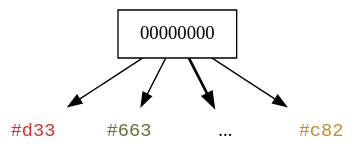
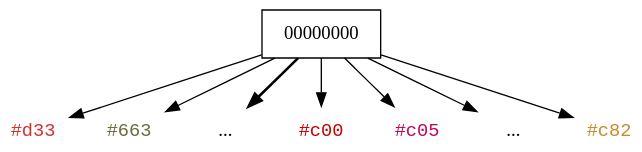
One commit to Eisenwave/voxel-compression-docs changed the diagram in src/graphviz/octree_complete_branches_optimization.dot. Above: the diagram before and after it, drawn with Graphviz. The commit also changed 9 other files, not shown here.

```diff
--- a/src/graphviz/octree_complete_branches_optimization.dot
+++ b/src/graphviz/octree_complete_branches_optimization.dot
@@ -1,16 +1,24 @@
 digraph g {
-//    splines=false
+    splines=false
     bgcolor=transparent
     node [shape = record]
     root [label="00000000"]
     
-    c0 [shape=none, label=<<font face="monospace" color="#d13232">#d33</font>>]
-    c1 [shape=none, label=<<font face="monospace" color="#6c6e3b">#663</font>>]
-    cx [shape=none, label="..."]
-    clast [shape=none, label=<<font face="monospace" color="#c98a2a">#c82</font>>]
+    c00 [shape=none, label=<<font face="monospace" color="#d13232">#d33</font>>]
+    c01 [shape=none, label=<<font face="monospace" color="#6c6e3b">#663</font>>]
+    c0x [shape=none, label="..."]
+    c06 [shape=none, label=<<font face="monospace" color="#c70000">#c00</font>>]
+    c07 [shape=none, label=<<font face="monospace" color="#c2065a">#c05</font>>]
     
-    root -> c0
-    root -> c1
-    root -> cx [style=bold]
-    root -> clast
+    cxx [shape=none, label="..."]
+    
+    c77 [shape=none, label=<<font face="monospace" color="#c98a2a">#c82</font>>]
+    
+    root -> c00
+    root -> c01
+    root -> c0x [style=bold]
+    root -> c06
+    root -> cxx
+    root -> c07
+    root -> c77
 } 
```
